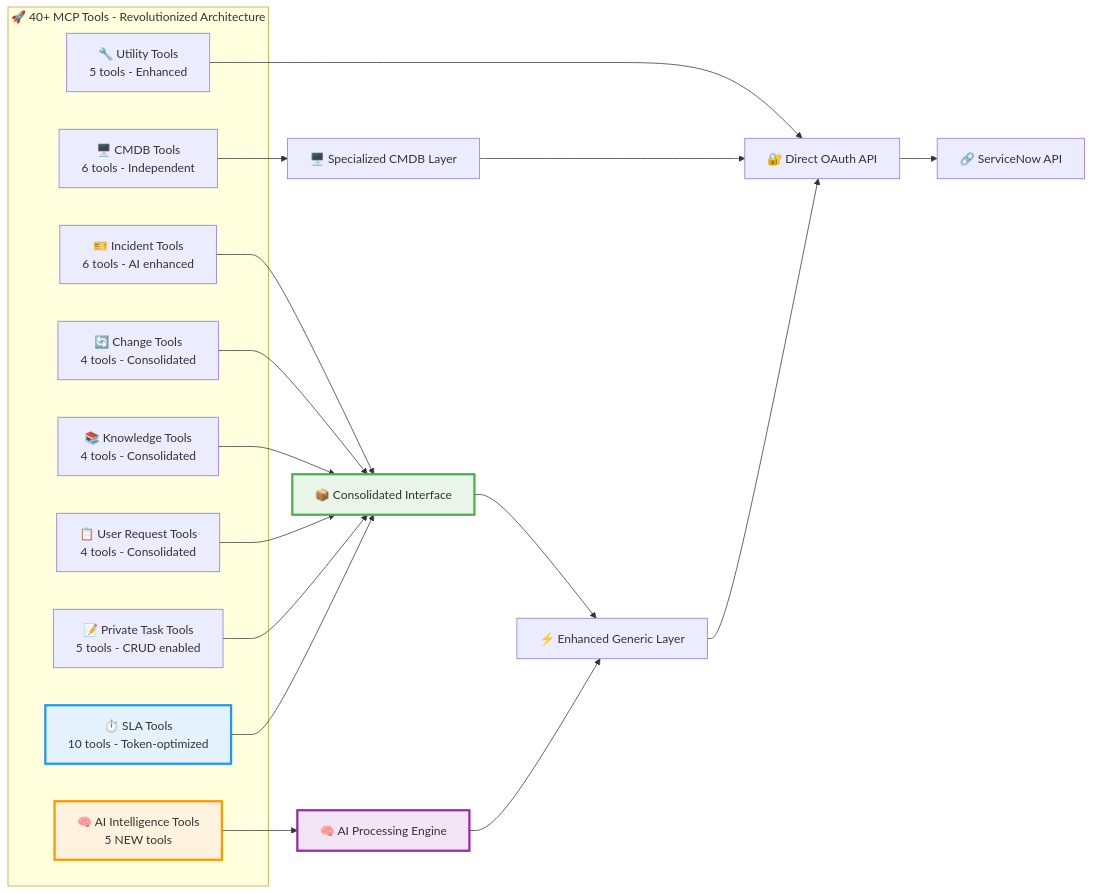
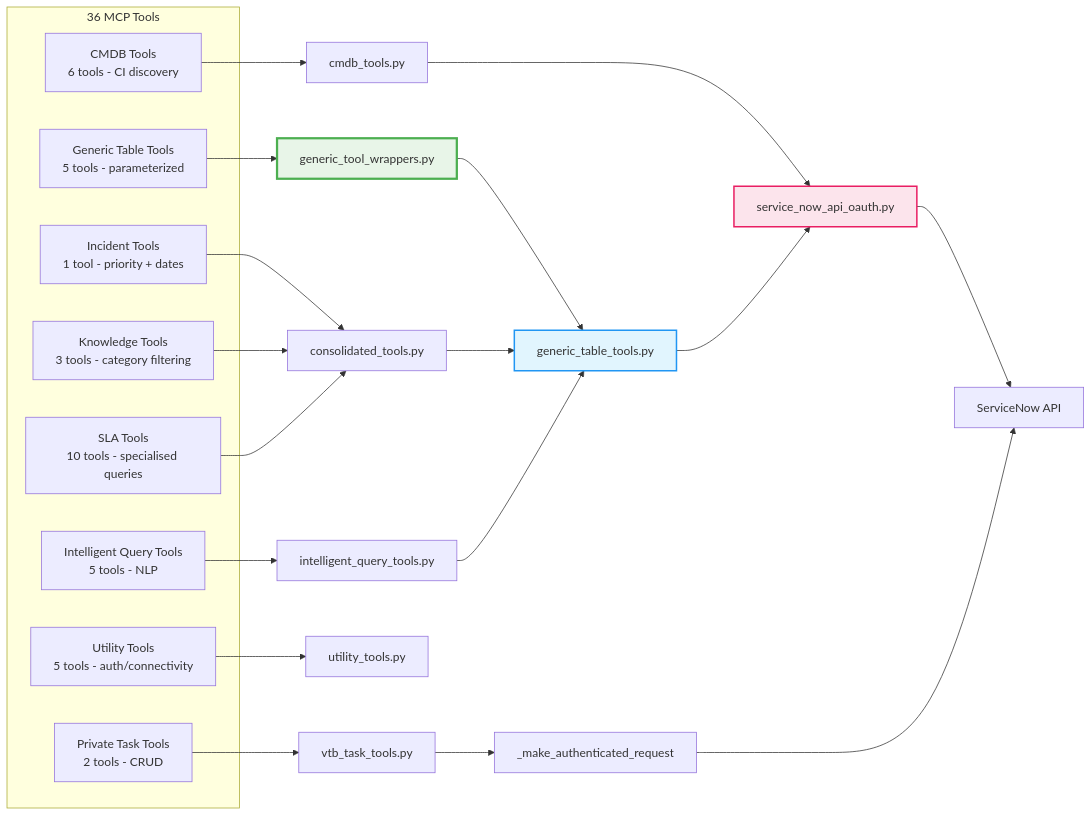
One commit to Papamzor/personal-mcp-servicenow changed the second of 3 diagrams in Diagrams & Documentation/03-tool-organization.md. Above: the diagram before and after it, drawn with Mermaid. The commit also changed other lines of this file and 4 other files, not shown here.

Commit message:
docs: update README and diagrams for v3.0 release

````diff
--- a/Diagrams & Documentation/03-tool-organization.md
+++ b/Diagrams & Documentation/03-tool-organization.md
@@ -43,35 +49,35 @@
 ```mermaid
 graph LR
-    subgraph "🚀 40+ MCP Tools - Revolutionized Architecture"
-        A[🎫 Incident Tools<br/>6 tools - AI enhanced]
-        B[🔄 Change Tools<br/>4 tools - Consolidated]
-        C[📚 Knowledge Tools<br/>4 tools - Consolidated]
-        D[🖥️ CMDB Tools<br/>6 tools - Independent]
-        E[📋 User Request Tools<br/>4 tools - Consolidated]
-        F[📝 Private Task Tools<br/>5 tools - CRUD enabled]
-        G[⏱️ SLA Tools<br/>10 tools - Token-optimized]
-        H[🔧 Utility Tools<br/>5 tools - Enhanced]
-        I[🧠 AI Intelligence Tools<br/>5 NEW tools]
+    subgraph "36 MCP Tools"
+        A[Generic Table Tools<br/>5 tools - parameterized]
+        B[Incident Tools<br/>1 tool - priority + dates]
+        C[Knowledge Tools<br/>3 tools - category filtering]
+        D[CMDB Tools<br/>6 tools - CI discovery]
+        E[Private Task Tools<br/>2 tools - CRUD]
+        F[SLA Tools<br/>10 tools - specialised queries]
+        G[Utility Tools<br/>5 tools - auth/connectivity]
+        H[Intelligent Query Tools<br/>5 tools - NLP]
     end
 
-    A --> J[📦 Consolidated Interface]
-    B --> J
+    A --> I[generic_tool_wrappers.py]
+    B --> J[consolidated_tools.py]
     C --> J
-    E --> J
     F --> J
-    G --> J
-    D --> K[🖥️ Specialized CMDB Layer]
-    H --> L[🔐 Direct OAuth API]
-    I --> M[🧠 AI Processing Engine]
+    D --> K[cmdb_tools.py]
+    E --> L[vtb_task_tools.py]
+    G --> M[utility_tools.py]
+    H --> N[intelligent_query_tools.py]
 
-    J --> N[⚡ Enhanced Generic Layer]
-    K --> L
-    M --> N
-    N --> L
-    L --> O[🔗 ServiceNow API]
+    I --> O[generic_table_tools.py]
+    J --> O
+    K --> P[service_now_api_oauth.py]
+    L --> Q[_make_authenticated_request]
+    N --> O
+    O --> P
+    P --> R[ServiceNow API]
+    Q --> R
 
-    style J fill:#e8f5e8,stroke:#4caf50,stroke-width:3px
-    style M fill:#f3e5f5,stroke:#9c27b0,stroke-width:3px
-    style I fill:#fff3e0,stroke:#ff9800,stroke-width:3px
-    style G fill:#e3f2fd,stroke:#2196f3,stroke-width:3px
+    style I fill:#e8f5e8,stroke:#4caf50,stroke-width:3px
+    style O fill:#e1f5fe,stroke:#2196f3,stroke-width:2px
+    style P fill:#fce4ec,stroke:#e91e63,stroke-width:2px
 ```
````
